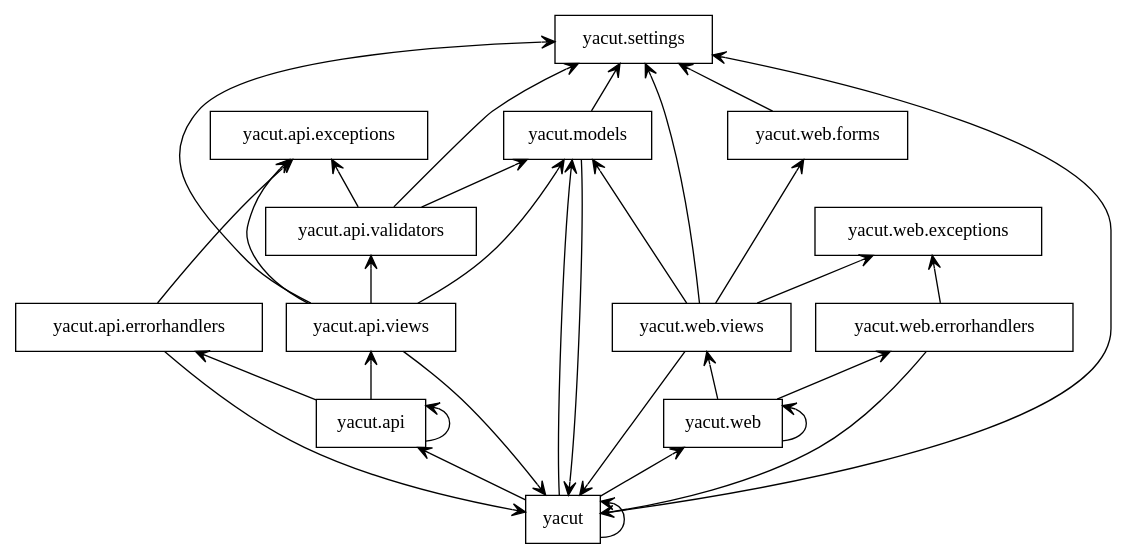
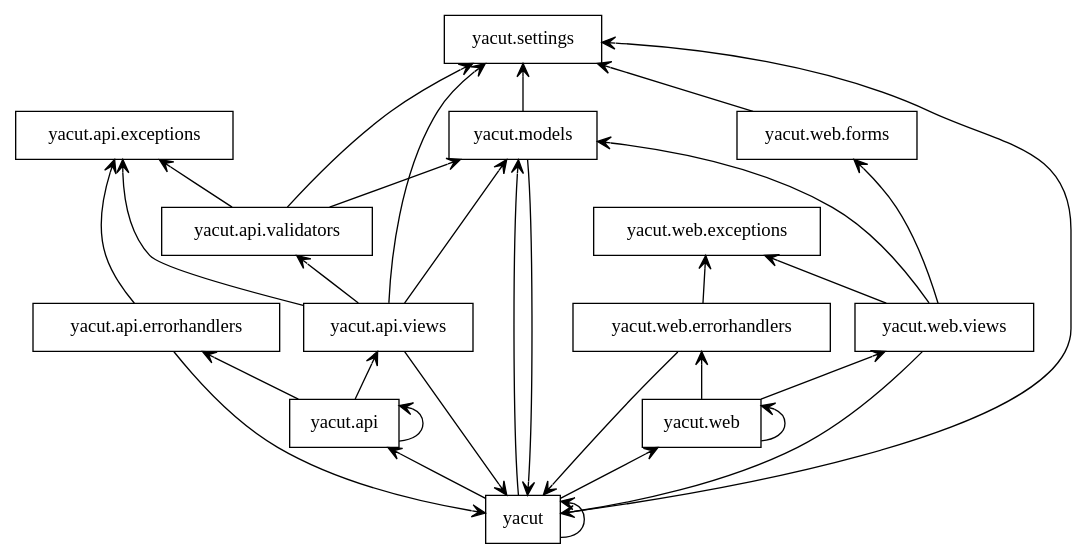
One commit to Raidzin/yacut changed the diagram in packages.dot. Above: the diagram before and after it, drawn with Graphviz. The commit also changed 11 other files, not shown here.

```diff
--- a/packages.dot
+++ b/packages.dot
@@ -1,48 +1,47 @@
 digraph "packages" {
 rankdir=BT
 charset="utf-8"
 "yacut" [color="black", label="yacut", shape="box", style="solid"];
 "yacut.api" [color="black", label="yacut.api", shape="box", style="solid"];
 "yacut.api.errorhandlers" [color="black", label="yacut.api.errorhandlers", shape="box", style="solid"];
 "yacut.api.exceptions" [color="black", label="yacut.api.exceptions", shape="box", style="solid"];
 "yacut.api.validators" [color="black", label="yacut.api.validators", shape="box", style="solid"];
 "yacut.api.views" [color="black", label="yacut.api.views", shape="box", style="solid"];
 "yacut.models" [color="black", label="yacut.models", shape="box", style="solid"];
 "yacut.settings" [color="black", label="yacut.settings", shape="box", style="solid"];
 "yacut.web" [color="black", label="yacut.web", shape="box", style="solid"];
 "yacut.web.errorhandlers" [color="black", label="yacut.web.errorhandlers", shape="box", style="solid"];
 "yacut.web.exceptions" [color="black", label="yacut.web.exceptions", shape="box", style="solid"];
 "yacut.web.forms" [color="black", label="yacut.web.forms", shape="box", style="solid"];
 "yacut.web.views" [color="black", label="yacut.web.views", shape="box", style="solid"];
 "yacut" -> "yacut" [arrowhead="open", arrowtail="none"];
 "yacut" -> "yacut.api" [arrowhead="open", arrowtail="none"];
 "yacut" -> "yacut.models" [arrowhead="open", arrowtail="none"];
 "yacut" -> "yacut.settings" [arrowhead="open", arrowtail="none"];
 "yacut" -> "yacut.web" [arrowhead="open", arrowtail="none"];
 "yacut.api" -> "yacut.api" [arrowhead="open", arrowtail="none"];
 "yacut.api" -> "yacut.api.errorhandlers" [arrowhead="open", arrowtail="none"];
 "yacut.api" -> "yacut.api.views" [arrowhead="open", arrowtail="none"];
 "yacut.api.errorhandlers" -> "yacut" [arrowhead="open", arrowtail="none"];
 "yacut.api.errorhandlers" -> "yacut.api.exceptions" [arrowhead="open", arrowtail="none"];
 "yacut.api.validators" -> "yacut.api.exceptions" [arrowhead="open", arrowtail="none"];
 "yacut.api.validators" -> "yacut.models" [arrowhead="open", arrowtail="none"];
 "yacut.api.validators" -> "yacut.settings" [arrowhead="open", arrowtail="none"];
 "yacut.api.views" -> "yacut" [arrowhead="open", arrowtail="none"];
 "yacut.api.views" -> "yacut.api.exceptions" [arrowhead="open", arrowtail="none"];
 "yacut.api.views" -> "yacut.api.validators" [arrowhead="open", arrowtail="none"];
 "yacut.api.views" -> "yacut.models" [arrowhead="open", arrowtail="none"];
 "yacut.api.views" -> "yacut.settings" [arrowhead="open", arrowtail="none"];
 "yacut.models" -> "yacut" [arrowhead="open", arrowtail="none"];
 "yacut.models" -> "yacut.settings" [arrowhead="open", arrowtail="none"];
 "yacut.web" -> "yacut.web" [arrowhead="open", arrowtail="none"];
 "yacut.web" -> "yacut.web.errorhandlers" [arrowhead="open", arrowtail="none"];
 "yacut.web" -> "yacut.web.views" [arrowhead="open", arrowtail="none"];
 "yacut.web.errorhandlers" -> "yacut" [arrowhead="open", arrowtail="none"];
 "yacut.web.errorhandlers" -> "yacut.web.exceptions" [arrowhead="open", arrowtail="none"];
 "yacut.web.forms" -> "yacut.settings" [arrowhead="open", arrowtail="none"];
 "yacut.web.views" -> "yacut" [arrowhead="open", arrowtail="none"];
 "yacut.web.views" -> "yacut.models" [arrowhead="open", arrowtail="none"];
-"yacut.web.views" -> "yacut.settings" [arrowhead="open", arrowtail="none"];
 "yacut.web.views" -> "yacut.web.exceptions" [arrowhead="open", arrowtail="none"];
 "yacut.web.views" -> "yacut.web.forms" [arrowhead="open", arrowtail="none"];
 }
```
